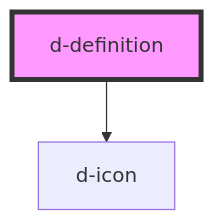
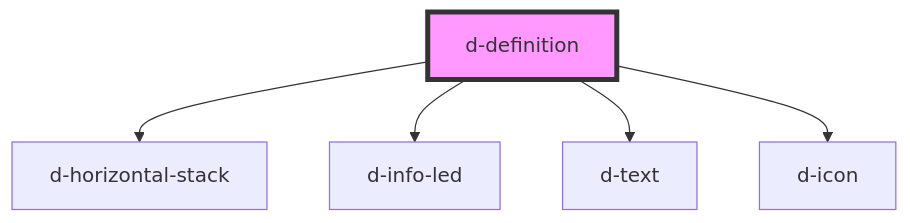
Before and after one commit to ForkbombEu/didroom-components: the diagram in src/components/definition/readme.md, drawn with Mermaid. The commit also changed other lines of this file and 20 other files, not shown here.

````diff
--- a/src/components/definition/readme.md
+++ b/src/components/definition/readme.md
@@ -24,5 +28,8 @@
 ```mermaid
 graph TD;
+  d-definition --> d-horizontal-stack
+  d-definition --> d-info-led
+  d-definition --> d-text
   d-definition --> d-icon
   style d-definition fill:#f9f,stroke:#333,stroke-width:4px
 ```
````
